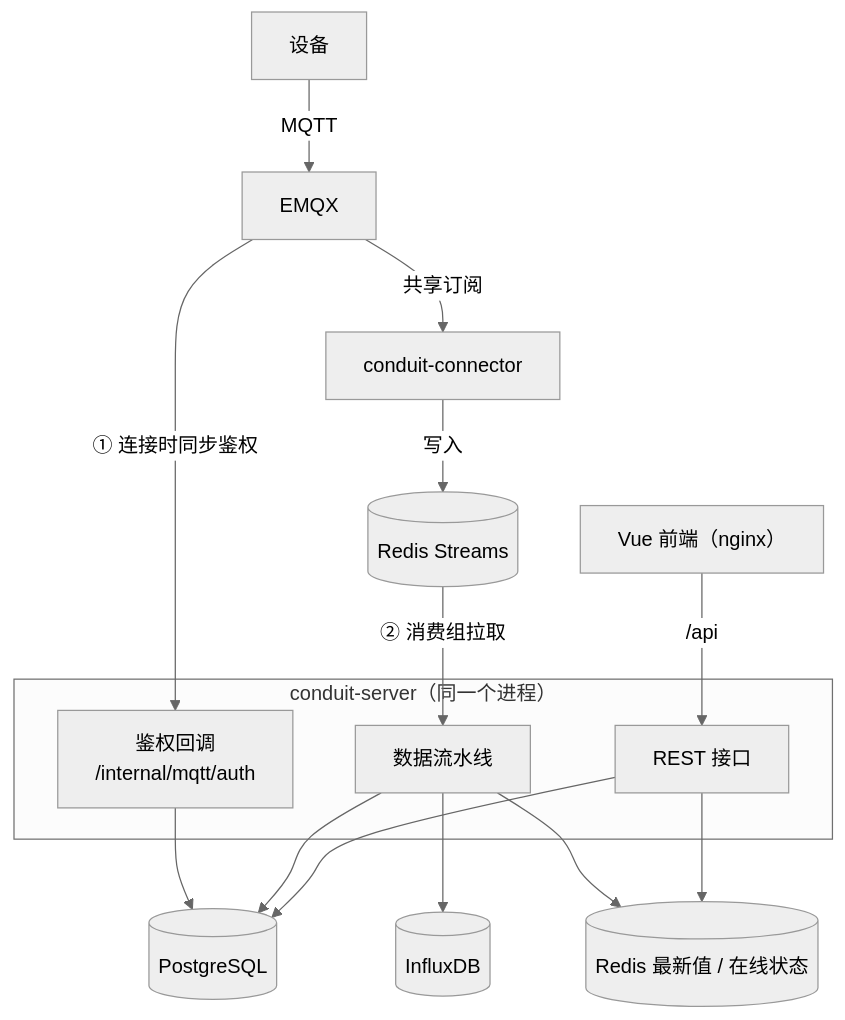
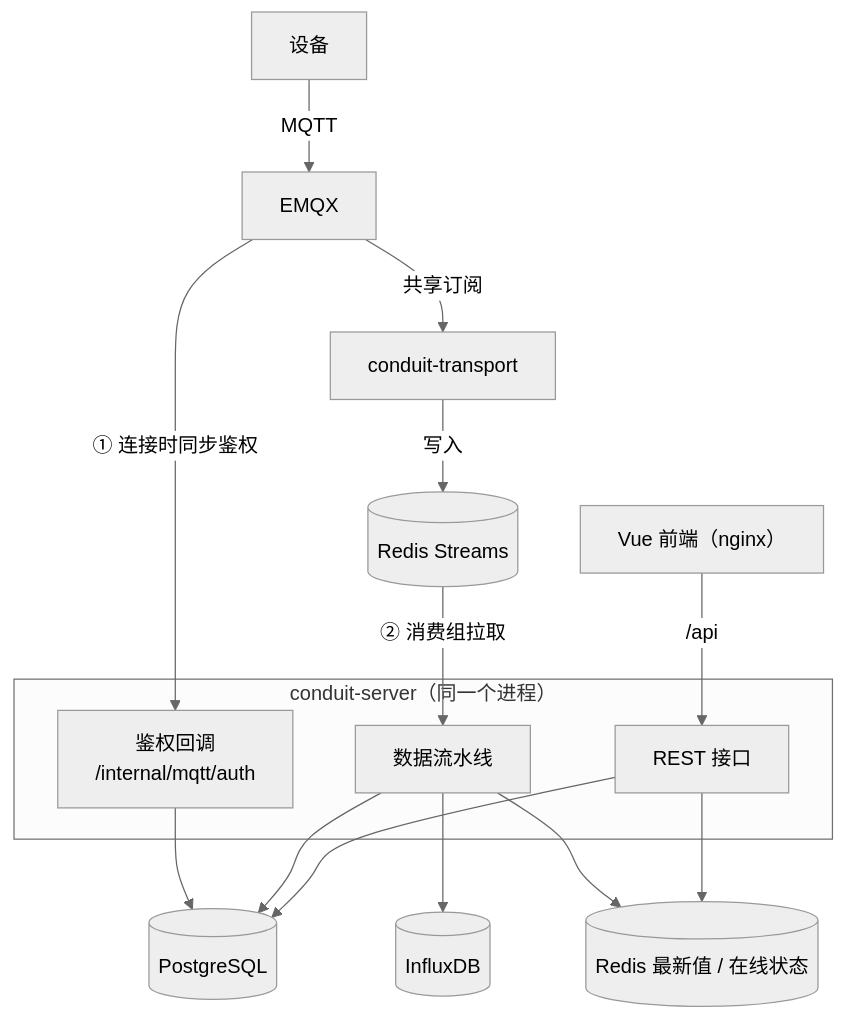
Before and after one commit to Clarence404/Conduit: the first of 2 diagrams in README.md, drawn with Mermaid (neutral theme). The commit also changed other lines of this file and 29 other files, not shown here.

Commit message:
refactor: rename conduit-connector to conduit-transport

````diff
--- a/README.md
+++ b/README.md
@@ -11,20 +11,20 @@
 ```mermaid
 flowchart TB
     D[设备] -->|MQTT| E[EMQX]
     E -->|"① 连接时同步鉴权"| A
-    E -->|共享订阅| C[conduit-connector]
+    E -->|共享订阅| C[conduit-transport]
     C -->|写入| R[(Redis Streams)]
     R -->|"② 消费组拉取"| P
     subgraph S["conduit-server（同一个进程）"]
         A["鉴权回调<br/>/internal/mqtt/auth"]
         P[数据流水线]
         API[REST 接口]
     end
     A --> PG[(PostgreSQL)]
     P --> PG
     P --> IF[(InfluxDB)]
     P --> RD[(Redis 最新值 / 在线状态)]
     API --> PG
     API --> RD
     W["Vue 前端（nginx）"] -->|/api| API
 ```
````
